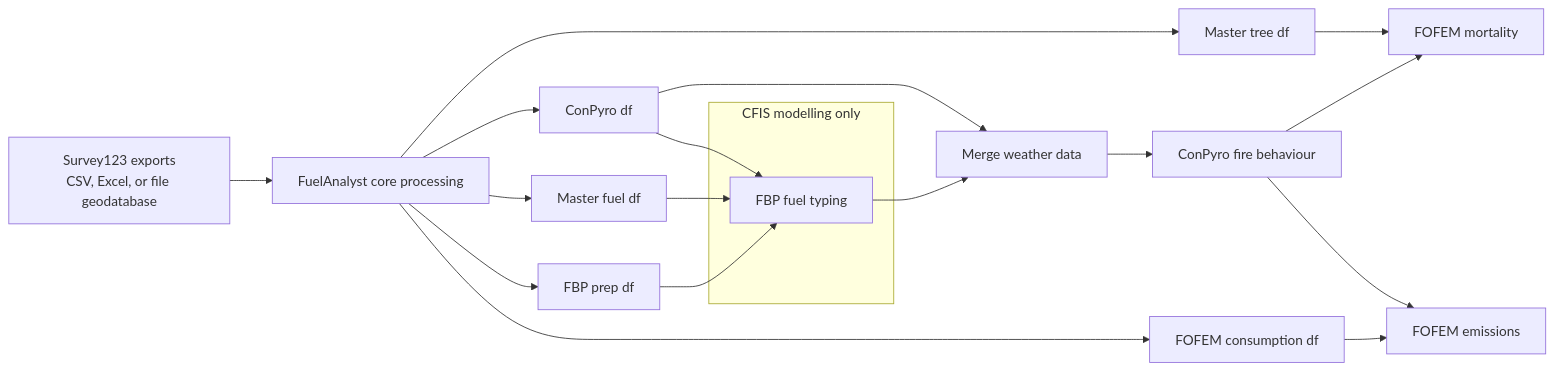
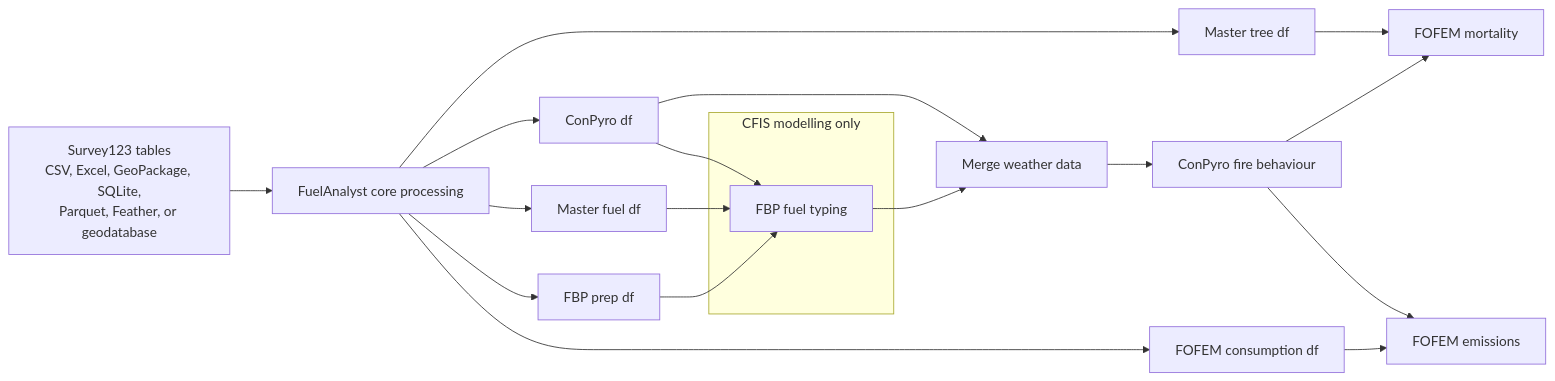
One commit to gagreene/FuelAnalyst changed the diagram in README.md. Above: the diagram before and after it, drawn with Mermaid. The commit also changed other lines of this file and 15 other files, not shown here.

````diff
--- a/README.md
+++ b/README.md
@@ -70,22 +70,22 @@
 ```mermaid
 flowchart LR
-    A[Survey123 exports<br/>CSV, Excel, or file geodatabase] --> B[FuelAnalyst core processing]
+    A[Survey123 tables<br/>CSV, Excel, GeoPackage, SQLite,<br/>Parquet, Feather, or geodatabase] --> B[FuelAnalyst core processing]
     B --> T[Master tree df]
     B --> D[ConPyro df]
     B --> C[Master fuel df]
     B --> P[FBP prep df]
     D --> F
     C --> F
     P --> F
     subgraph CFIS["CFIS modelling only"]
         F[FBP fuel typing]
     end
     D --> G[Merge weather data]
     F --> G
     G --> H[ConPyro fire behaviour]
     B --> E[FOFEM consumption df]
     T --> M[FOFEM mortality]
     H --> M
     H --> N
     E --> N[FOFEM emissions]
 ```
````
